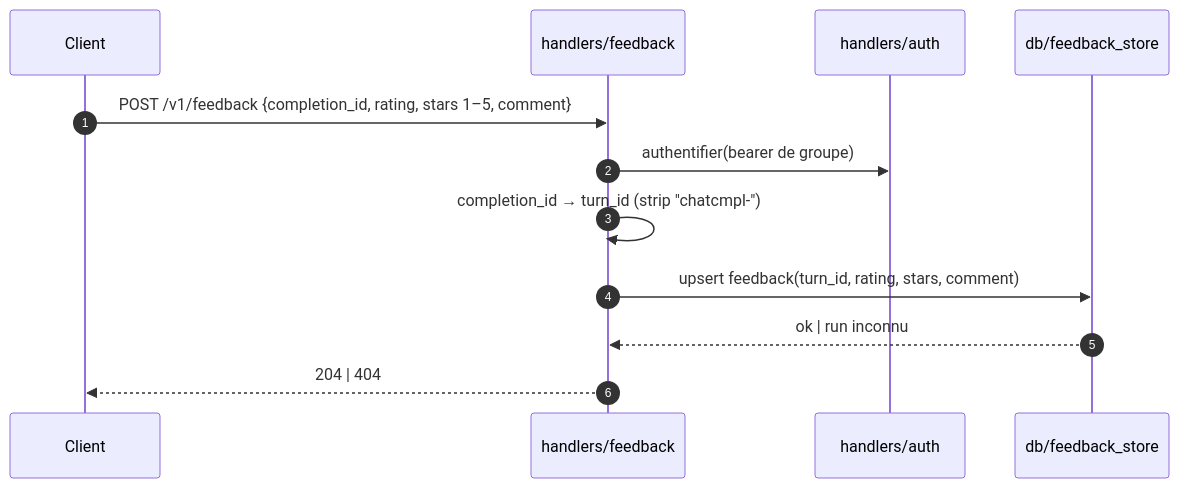
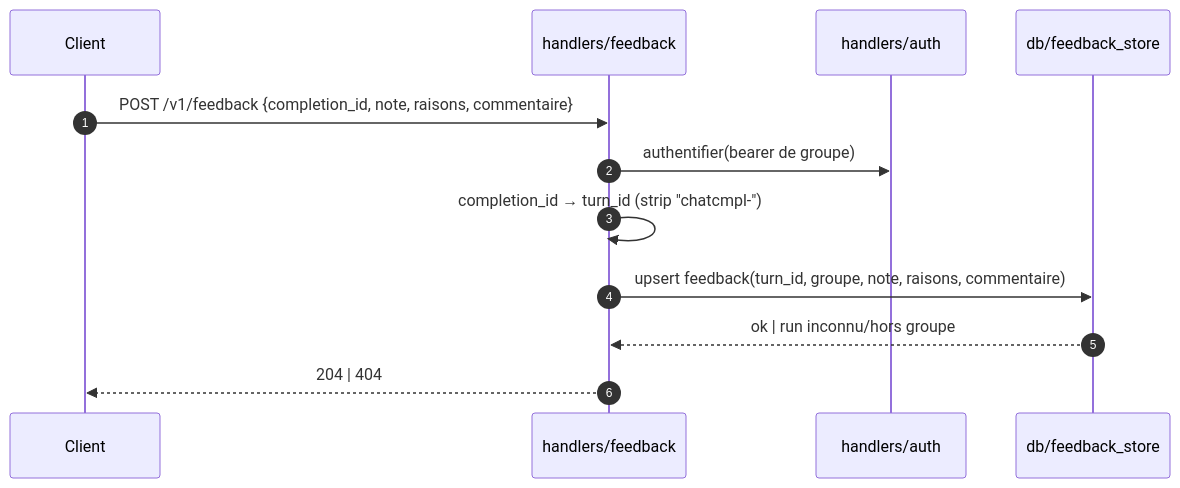
The third of 6 diagrams in docs/architecture/hexagonal-split/03-sequence-diagrams.md (DGAFP/assistant-rh), drawn with Mermaid before and after one commit. The commit also changed other lines of this file and 6 other files, not shown here.

````diff
--- a/docs/architecture/hexagonal-split/03-sequence-diagrams.md
+++ b/docs/architecture/hexagonal-split/03-sequence-diagrams.md
@@ -74,15 +80,15 @@
 ```mermaid
 sequenceDiagram
     autonumber
     participant C as Client
     participant H as handlers/feedback
     participant A as handlers/auth
     participant FS as db/feedback_store
 
-    C->>H: POST /v1/feedback {completion_id, rating, stars 1–5, comment}
+    C->>H: POST /v1/feedback {completion_id, note, raisons, commentaire}
     H->>A: authentifier(bearer de groupe)
     H->>H: completion_id → turn_id (strip "chatcmpl-")
-    H->>FS: upsert feedback(turn_id, rating, stars, comment)
-    FS-->>H: ok | run inconnu
+    H->>FS: upsert feedback(turn_id, groupe, note, raisons, commentaire)
+    FS-->>H: ok | run inconnu/hors groupe
     H-->>C: 204 | 404
 ```
````
